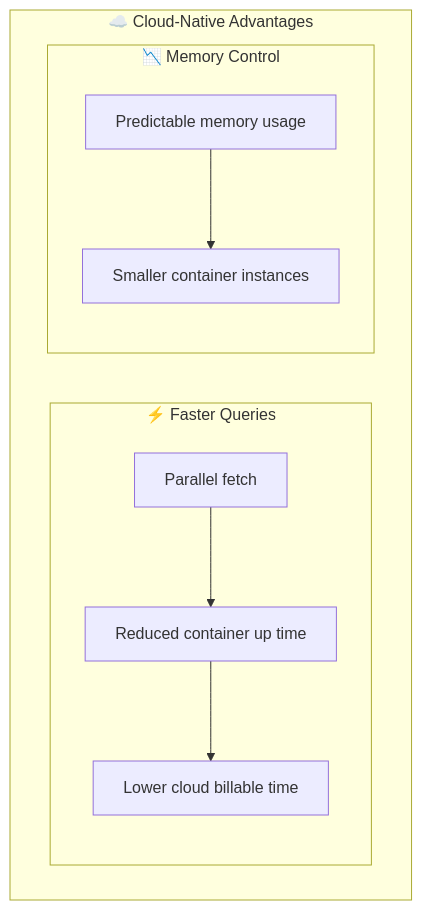
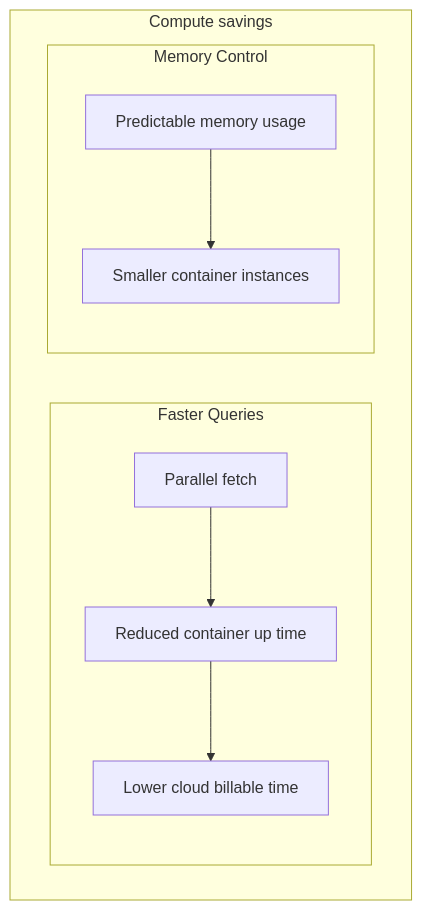
Before and after one commit to XLR8-DB/xlr8: the third of 9 diagrams in README.md, drawn with Mermaid. The commit also changed other lines of this file, not shown here.

````diff
--- a/README.md
+++ b/README.md
@@ -214,17 +232,17 @@
 ```mermaid
 flowchart TB
-    subgraph Benefits["☁️ Cloud-Native Advantages"]
+    subgraph Benefits["Compute savings"]
         direction LR
         
-        subgraph Speed["⚡ Faster Queries"]
+        subgraph Speed["Faster Queries"]
             S1[Parallel fetch] --> S2[Reduced container up time]
             S2 --> S3[Lower cloud billable time]
         end
 
         
-        subgraph Memory["📉 Memory Control"]
+        subgraph Memory["Memory Control"]
             M1[Predictable memory usage]
             M1 --> M2[Smaller container instances]
         end
     end
 ```
````
